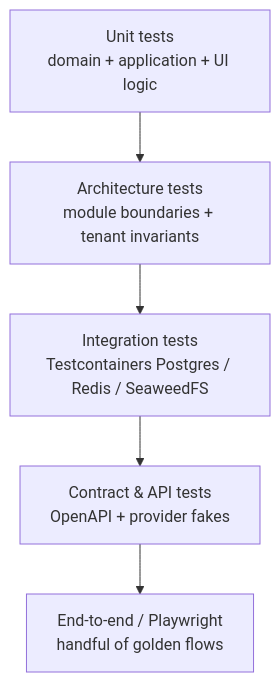
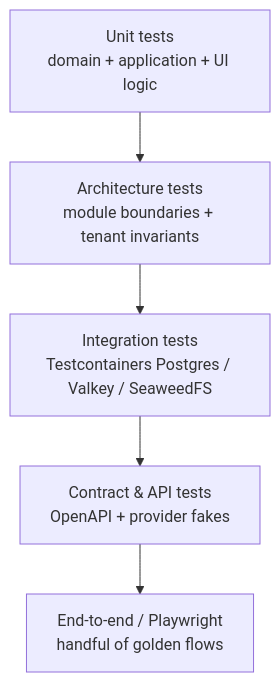
Before and after one commit to HodeTech/LearnStack: the diagram in docs/standards/06-testing.md, drawn with Mermaid. The commit also changed other lines of this file and 45 other files, not shown here.

````diff
--- a/docs/standards/06-testing.md
+++ b/docs/standards/06-testing.md
@@ -10,10 +10,10 @@
 ```mermaid
 flowchart TB
   e2e[End-to-end / Playwright<br/>handful of golden flows]
   contract[Contract & API tests<br/>OpenAPI + provider fakes]
-  integration[Integration tests<br/>Testcontainers Postgres / Redis / SeaweedFS]
+  integration[Integration tests<br/>Testcontainers Postgres / Valkey / SeaweedFS]
   arch[Architecture tests<br/>module boundaries + tenant invariants]
   unit[Unit tests<br/>domain + application + UI logic]
 
   unit --> arch --> integration --> contract --> e2e
 ```
````
